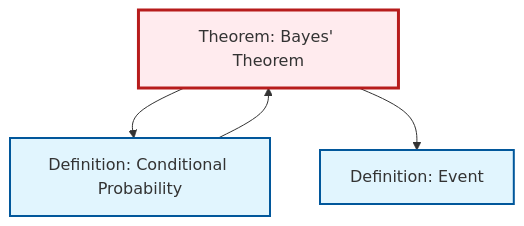
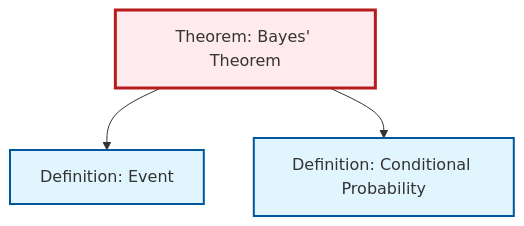
The diagram in content/en/probability-statistics/thm-bayes.qmd (RK0429/ModernMath), drawn with Mermaid before and after one commit. The commit also changed 511 other files, not shown here.

````diff
--- a/content/en/probability-statistics/thm-bayes.qmd
+++ b/content/en/probability-statistics/thm-bayes.qmd
@@ -88,19 +88,15 @@
 ```{mermaid}
 %%| fig-cap: "Local dependency graph"
 graph TD
     classDef definition fill:#e1f5fe,stroke:#01579b,stroke-width:2px
     classDef theorem fill:#f3e5f5,stroke:#4a148c,stroke-width:2px
     classDef axiom fill:#fff3e0,stroke:#e65100,stroke-width:2px
     classDef example fill:#e8f5e9,stroke:#1b5e20,stroke-width:2px
     classDef current fill:#ffebee,stroke:#b71c1c,stroke-width:3px
+    def-conditional-probability["Definition: Conditional Probability"]:::definition
+    thm-bayes["Theorem: Bayes' Theorem"]:::theorem
     def-event["Definition: Event"]:::definition
-    thm-bayes["Theorem: Bayes' Theorem"]:::theorem
-    def-conditional-probability["Definition: Conditional Probability"]:::definition
-    def-conditional-probability --> thm-bayes
+    thm-bayes --> def-event
     thm-bayes --> def-conditional-probability
-    thm-bayes --> def-event
     class thm-bayes current
-
-    click def-event "def-event.html" "Go to Event definition"
-    click def-conditional-probability "def-conditional-probability.html" "Go to Conditional Probability definition"
 ```
````
